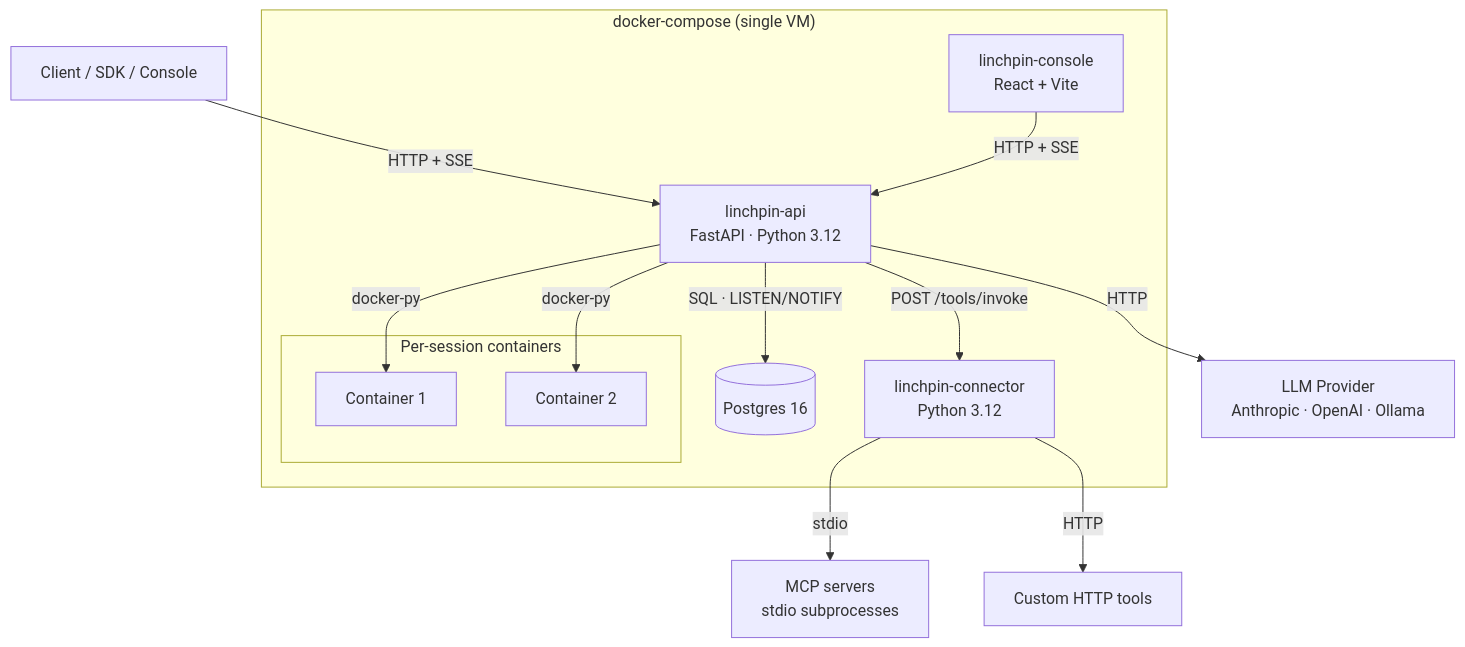
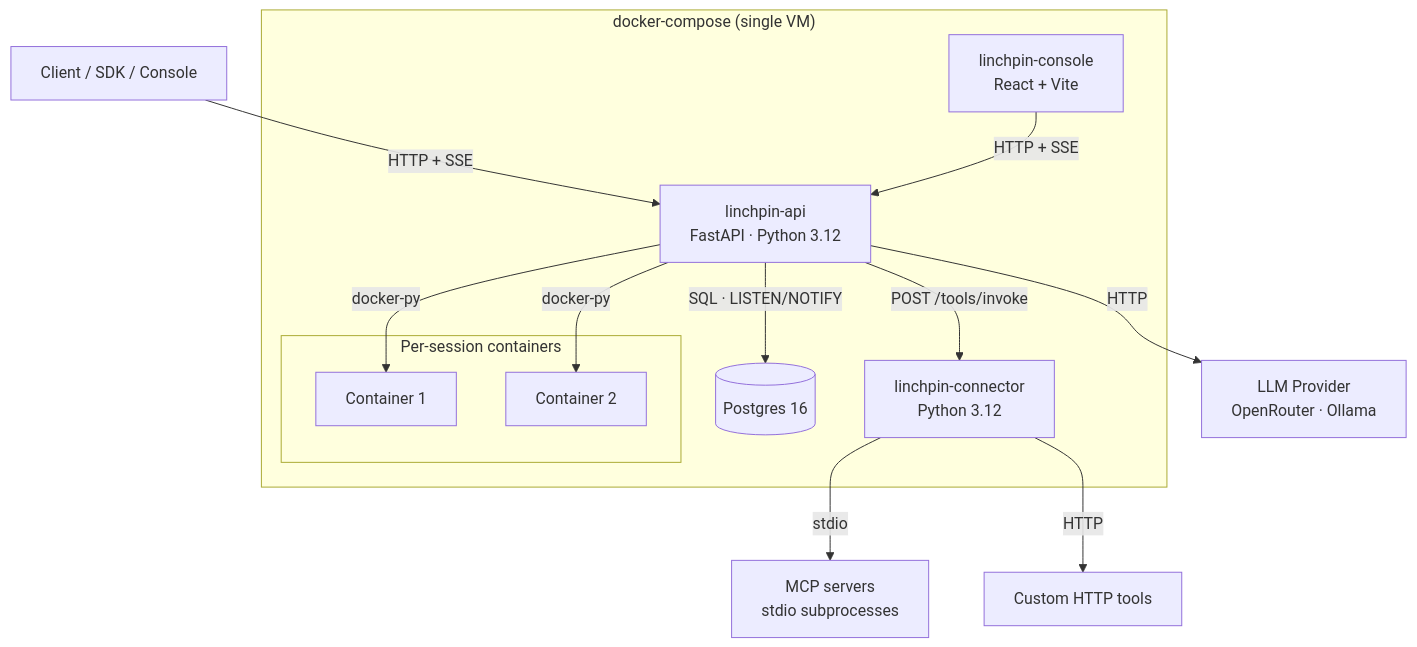
One commit to linchpinhq/linchpin changed the first of 2 diagrams in ARCHITECTURE.md. Above: the diagram before and after it, drawn with Mermaid. The commit also changed other lines of this file and 17 other files, not shown here.

First line of the commit message:
feat(providers): replace Anthropic+OpenAI with OpenRouter (#3)

````diff
--- a/ARCHITECTURE.md
+++ b/ARCHITECTURE.md
@@ -11,30 +11,30 @@
 ```mermaid
 graph TB
     Client[Client / SDK / Console]
 
     subgraph Compose["docker-compose (single VM)"]
         API[linchpin-api<br/>FastAPI · Python 3.12]
         Connector[linchpin-connector<br/>Python 3.12]
         Console[linchpin-console<br/>React + Vite]
         PG[(Postgres 16)]
 
         subgraph Sandboxes["Per-session containers"]
             C1[Container 1]
             C2[Container 2]
         end
     end
 
-    LLM[LLM Provider<br/>Anthropic · OpenAI · Ollama]
+    LLM[LLM Provider<br/>OpenRouter · Ollama]
     MCP[MCP servers<br/>stdio subprocesses]
     Ext[Custom HTTP tools]
 
     Client -->|HTTP + SSE| API
     Console -->|HTTP + SSE| API
     API -->|SQL · LISTEN/NOTIFY| PG
     API -->|POST /tools/invoke| Connector
     API -->|docker-py| C1
     API -->|docker-py| C2
     API -->|HTTP| LLM
     Connector -->|stdio| MCP
     Connector -->|HTTP| Ext
 ```
````
